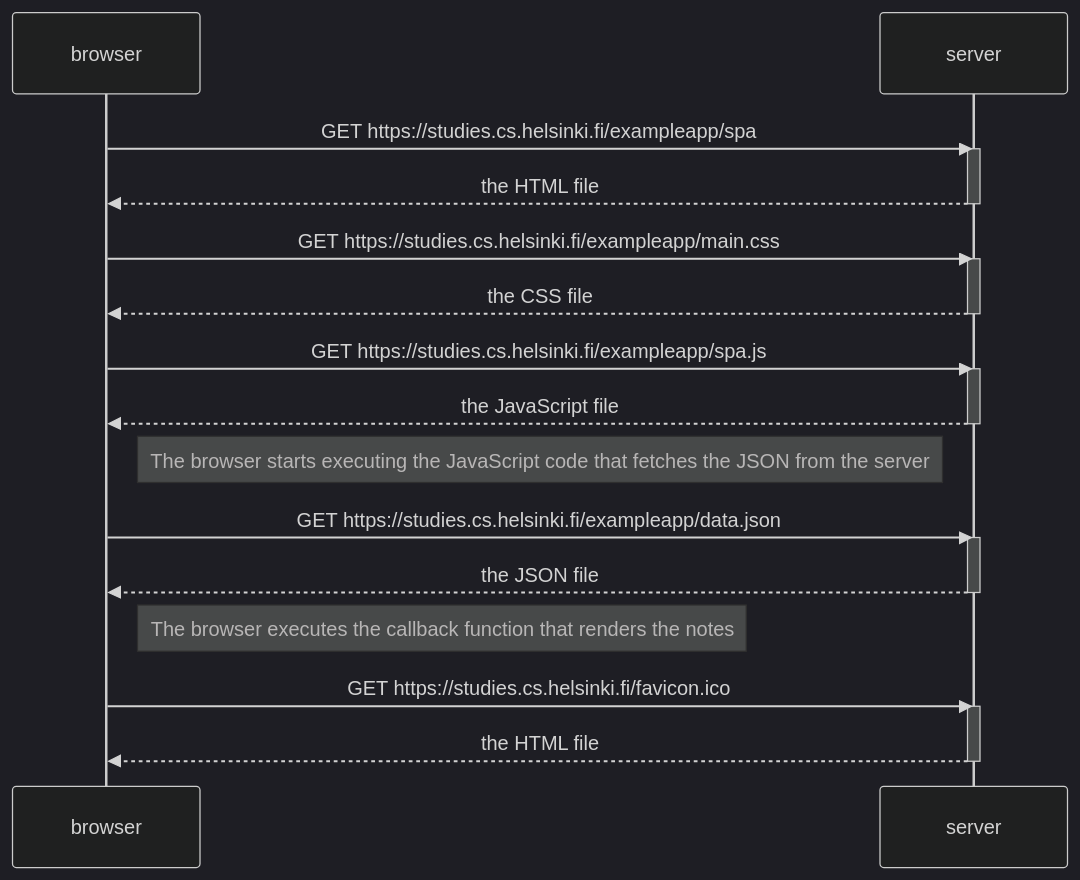
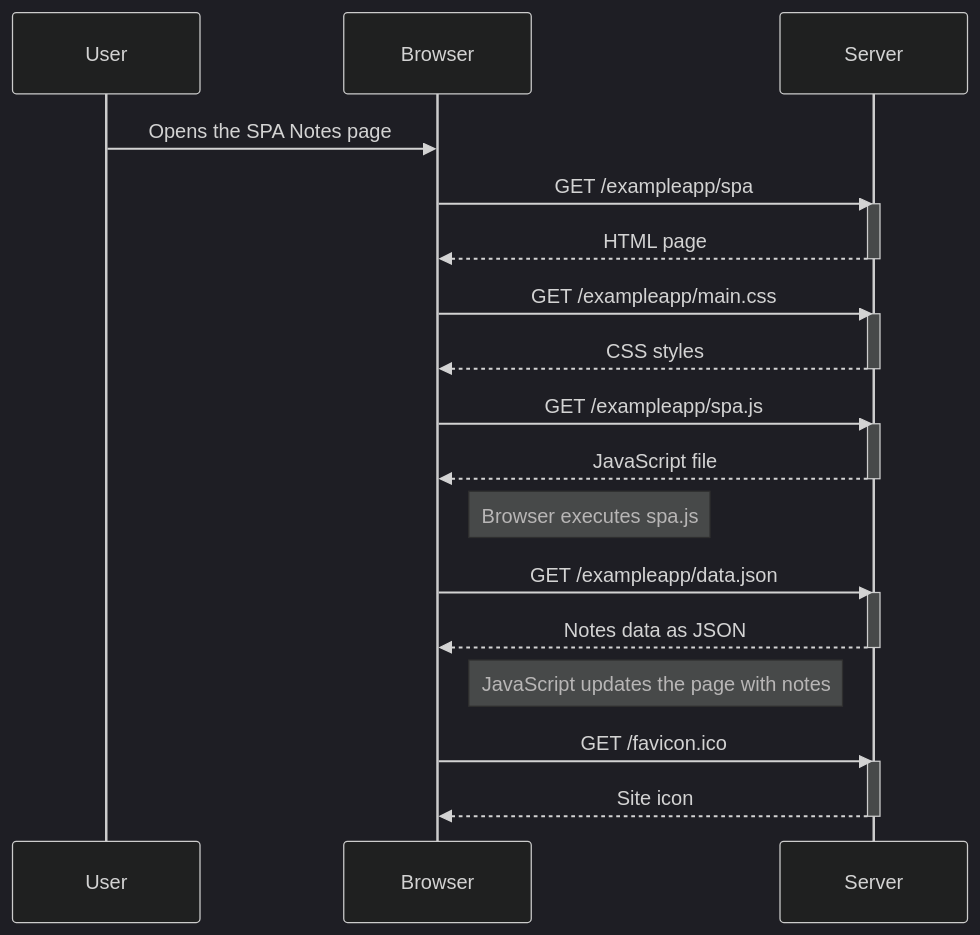
Before and after one commit to kevin1-john1/FullStackOpen: the diagram in Part-00/P5 - Single_App_Diagram.md, drawn with Mermaid (dark theme). The commit also changed 2 other files, not shown here.

Commit message:
Update Part-0 Exercise Diagram Solutions

````diff
--- a/Part-00/P5 - Single_App_Diagram.md
+++ b/Part-00/P5 - Single_App_Diagram.md
@@ -1,34 +1,37 @@
 ```mermaid
 sequenceDiagram
-participant browser
-participant server
+    participant User
+    participant Browser
+    participant Server
 
-    browser->>server: GET https://studies.cs.helsinki.fi/exampleapp/spa
-    activate server
-    server-->>browser: the HTML file
-    deactivate server
+    User->>Browser: Opens the SPA Notes page
 
-    browser->>server: GET https://studies.cs.helsinki.fi/exampleapp/main.css
-    activate server
-    server-->>browser: the CSS file
-    deactivate server
+    Browser->>Server: GET /exampleapp/spa
+    activate Server
+    Server-->>Browser: HTML page
+    deactivate Server
 
-    browser->>server: GET https://studies.cs.helsinki.fi/exampleapp/spa.js
-    activate server
-    server-->>browser: the JavaScript file
-    deactivate server
+    Browser->>Server: GET /exampleapp/main.css
+    activate Server
+    Server-->>Browser: CSS styles
+    deactivate Server
 
-    Note right of browser: The browser starts executing the JavaScript code that fetches the JSON from the server
+    Browser->>Server: GET /exampleapp/spa.js
+    activate Server
+    Server-->>Browser: JavaScript file
+    deactivate Server
 
-    browser->>server: GET https://studies.cs.helsinki.fi/exampleapp/data.json
-    activate server
-    server-->>browser: the JSON file
-    deactivate server
+    Note right of Browser: Browser executes spa.js
 
-    Note right of browser: The browser executes the callback function that renders the notes
+    Browser->>Server: GET /exampleapp/data.json
+    activate Server
+    Server-->>Browser: Notes data as JSON
+    deactivate Server
 
-    browser->>server: GET https://studies.cs.helsinki.fi/favicon.ico
-    activate server
-    server-->>browser: the HTML file
-    deactivate server
+    Note right of Browser: JavaScript updates the page with notes
+
+    Browser->>Server: GET /favicon.ico
+    activate Server
+    Server-->>Browser: Site icon
+    deactivate Server
 ```
````
